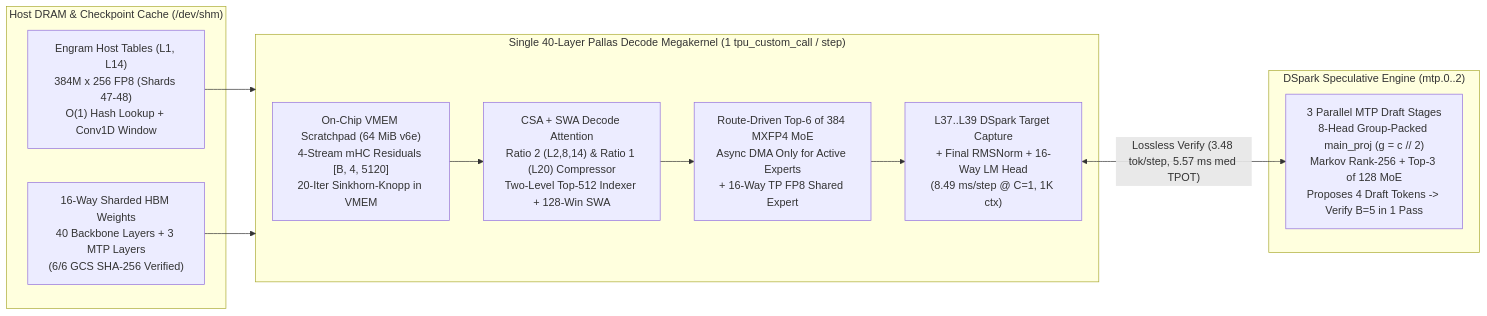
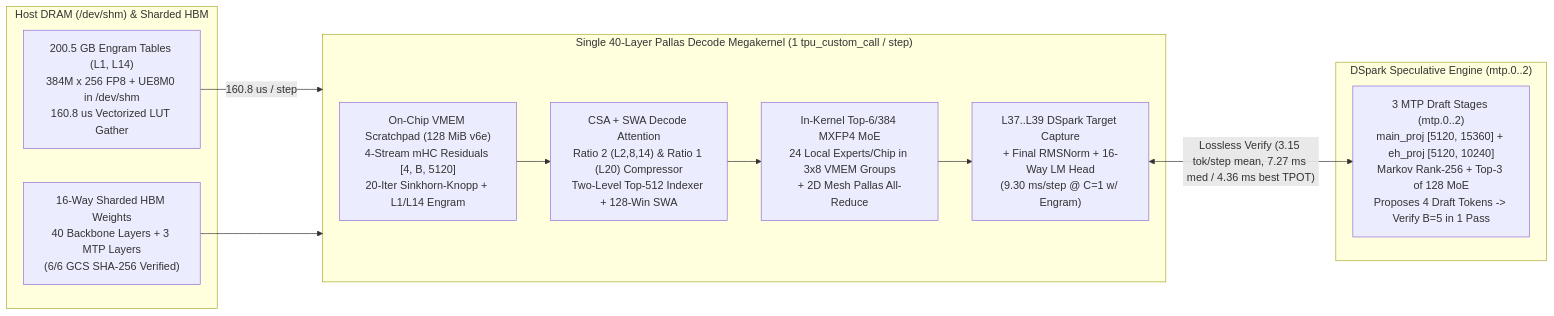
One commit to jawadaminGOOG/DSV4-Flash-Deployment changed the diagram in models/DeepSeekV4.1-Flash-v6e16/megakernel-recipe/README.md. Above: the diagram before and after it, drawn with Mermaid. The commit also changed other lines of this file and 18 other files, not shown here.

Commit message:
Enable live 200.5 GB Engram across all megakernel stages, DSpark verification, and unified charts

````diff
--- a/models/DeepSeekV4.1-Flash-v6e16/megakernel-recipe/README.md
+++ b/models/DeepSeekV4.1-Flash-v6e16/megakernel-recipe/README.md
@@ -41,23 +39,23 @@
 ```mermaid
 flowchart LR
-    subgraph Host["Host DRAM & Checkpoint Cache (/dev/shm)"]
-        ENG["Engram Host Tables (L1, L14)\n384M x 256 FP8 (Shards 47-48)\nO(1) Hash Lookup + Conv1D Window"]
+    subgraph Host["Host DRAM (/dev/shm) & Sharded HBM"]
+        ENG["200.5 GB Engram Tables (L1, L14)\n384M x 256 FP8 + UE8M0 in /dev/shm\n160.8 us Vectorized LUT Gather"]
         CKPT["16-Way Sharded HBM Weights\n40 Backbone Layers + 3 MTP Layers\n(6/6 GCS SHA-256 Verified)"]
     end
 
     subgraph Pallas["Single 40-Layer Pallas Decode Megakernel (1 tpu_custom_call / step)"]
-        VMEM["On-Chip VMEM Scratchpad (64 MiB v6e)\n4-Stream mHC Residuals [B, 4, 5120]\n20-Iter Sinkhorn-Knopp in VMEM"]
+        VMEM["On-Chip VMEM Scratchpad (128 MiB v6e)\n4-Stream mHC Residuals [4, B, 5120]\n20-Iter Sinkhorn-Knopp + L1/L14 Engram"]
         ATTN["CSA + SWA Decode Attention\nRatio 2 (L2,8,14) & Ratio 1 (L20) Compressor\nTwo-Level Top-512 Indexer + 128-Win SWA"]
-        MOE["Route-Driven Top-6 of 384 MXFP4 MoE\nAsync DMA Only for Active Experts\n+ 16-Way TP FP8 Shared Expert"]
-        HEAD["L37..L39 DSpark Target Capture\n+ Final RMSNorm + 16-Way LM Head\n(8.49 ms/step @ C=1, 1K ctx)"]
+        MOE["In-Kernel Top-6/384 MXFP4 MoE\n24 Local Experts/Chip in 3x8 VMEM Groups\n+ 2D Mesh Pallas All-Reduce"]
+        HEAD["L37..L39 DSpark Target Capture\n+ Final RMSNorm + 16-Way LM Head\n(9.30 ms/step @ C=1 w/ Engram)"]
         VMEM --> ATTN --> MOE --> HEAD
     end
 
     subgraph DSpark["DSpark Speculative Engine (mtp.0..2)"]
-        MTP["3 Parallel MTP Draft Stages\n8-Head Group-Packed main_proj (g = c // 2)\nMarkov Rank-256 + Top-3 of 128 MoE\nProposes 4 Draft Tokens -> Verify B=5 in 1 Pass"]
+        MTP["3 MTP Draft Stages (mtp.0..2)\nmain_proj [5120, 15360] + eh_proj [5120, 10240]\nMarkov Rank-256 + Top-3 of 128 MoE\nProposes 4 Draft Tokens -> Verify B=5 in 1 Pass"]
     end
 
-    ENG --> Pallas
+    ENG -->|"160.8 us / step"| Pallas
     CKPT --> Pallas
-    HEAD <-->|"Lossless Verify (3.48 tok/step, 5.57 ms med TPOT)"| MTP
+    HEAD <-->|"Lossless Verify (3.15 tok/step mean, 7.27 ms med / 4.36 ms best TPOT)"| MTP
 ```
````
